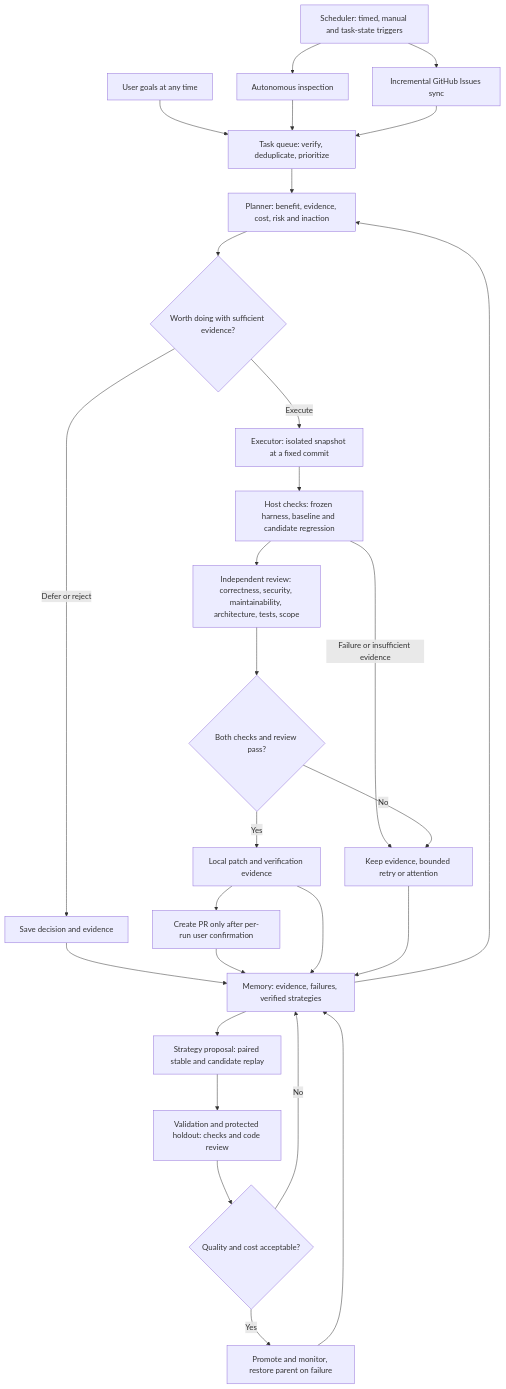
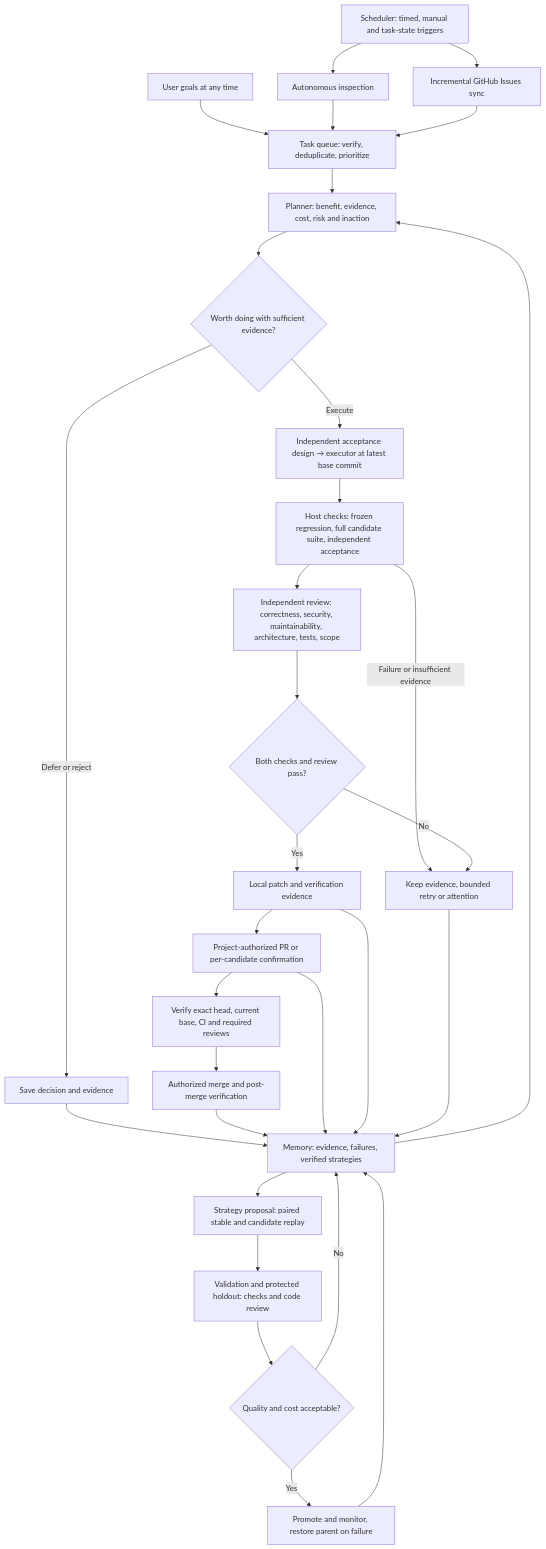
The diagram in README.en.md (Haoog/Adaptive-RSI), drawn with Mermaid before and after one commit. The commit also changed other lines of this file and 30 other files, not shown here.

````diff
--- a/README.en.md
+++ b/README.en.md
@@ -11,30 +11,33 @@
 ```mermaid
 flowchart TD
     S[Scheduler: timed, manual and task-state triggers] --> I[Autonomous inspection]
     S --> G[Incremental GitHub Issues sync]
     U[User goals at any time] --> Q[Task queue: verify, deduplicate, prioritize]
     I --> Q
     G --> Q
     M[Memory: evidence, failures, verified strategies] --> P[Planner: benefit, evidence, cost, risk and inaction]
     Q --> P
     P --> B{Worth doing with sufficient evidence?}
-    B -->|Execute| W[Executor: isolated snapshot at a fixed commit]
+    B -->|Execute| W[Independent acceptance design → executor at latest base commit]
     B -->|Defer or reject| Z[Save decision and evidence]
     Z --> M
-    W --> T[Host checks: frozen harness, baseline and candidate regression]
+    W --> T[Host checks: frozen regression, full candidate suite, independent acceptance]
     T --> R[Independent review: correctness, security, maintainability, architecture, tests, scope]
     R --> D{Both checks and review pass?}
     D -->|Yes| C[Local patch and verification evidence]
-    C --> A[Create PR only after per-run user confirmation]
+    C --> A[Project-authorized PR or per-candidate confirmation]
+    A --> J[Verify exact head, current base, CI and required reviews]
+    J --> K[Authorized merge and post-merge verification]
+    K --> M
     T -->|Failure or insufficient evidence| F[Keep evidence, bounded retry or attention]
     D -->|No| F
     A --> M
     C --> M
     F --> M
     M --> E[Strategy proposal: paired stable and candidate replay]
     E --> V[Validation and protected holdout: checks and code review]
     V --> H{Quality and cost acceptable?}
     H -->|Yes| N[Promote and monitor, restore parent on failure]
     H -->|No| M
     N --> M
 ```
````
